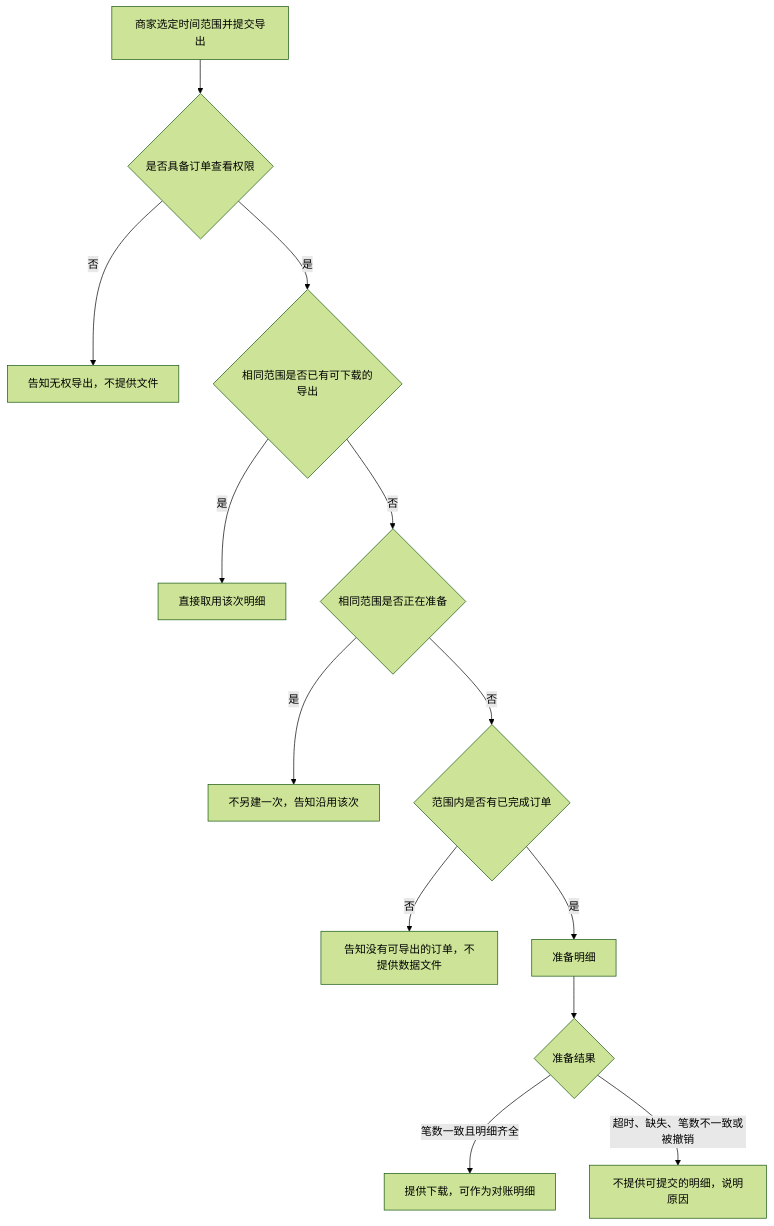
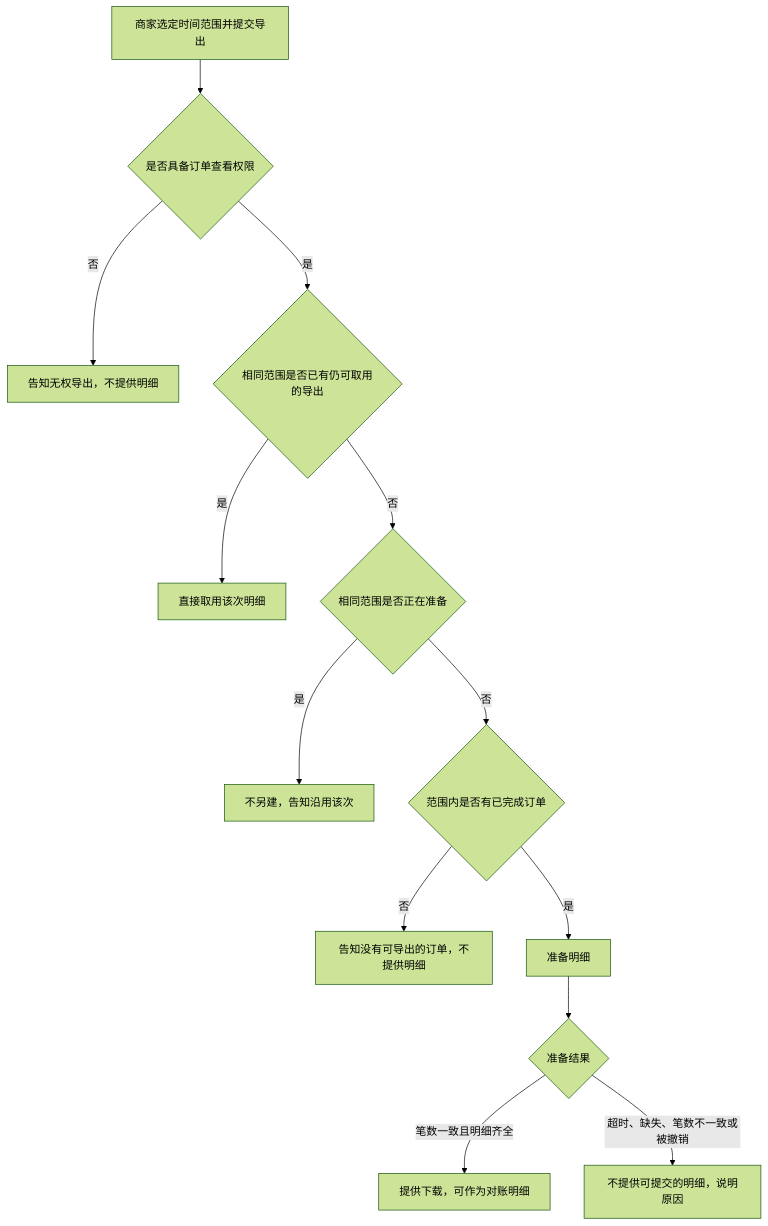
One commit to Izelzzz/izel-skill changed the diagram in skills/product-spec/references/example.md. Above: the diagram before and after it, drawn with Mermaid (forest theme). The commit also changed other lines of this file and 7 other files, not shown here.

````diff
--- a/skills/product-spec/references/example.md
+++ b/skills/product-spec/references/example.md
@@ -33,15 +25,15 @@
 ```mermaid
 flowchart TD
   A[商家选定时间范围并提交导出] --> B{是否具备订单查看权限}
-  B -->|否| C[告知无权导出，不提供文件]
-  B -->|是| D{相同范围是否已有可下载的导出}
+  B -->|否| C[告知无权导出，不提供明细]
+  B -->|是| D{相同范围是否已有仍可取用的导出}
   D -->|是| E[直接取用该次明细]
   D -->|否| F{相同范围是否正在准备}
-  F -->|是| G[不另建一次，告知沿用该次]
+  F -->|是| G[不另建，告知沿用该次]
   F -->|否| H{范围内是否有已完成订单}
-  H -->|否| I[告知没有可导出的订单，不提供数据文件]
+  H -->|否| I[告知没有可导出的订单，不提供明细]
   H -->|是| J[准备明细]
   J --> K{准备结果}
   K -->|笔数一致且明细齐全| L[提供下载，可作为对账明细]
   K -->|超时、缺失、笔数不一致或被撤销| M[不提供可提交的明细，说明原因]
 ```
````
